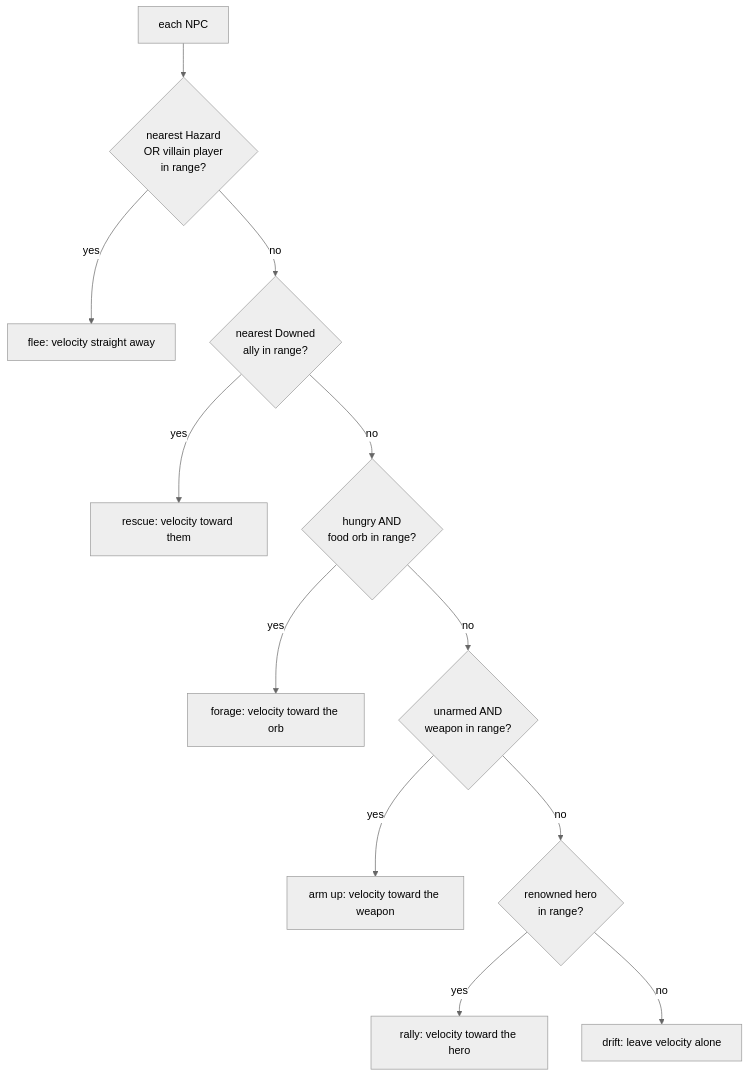
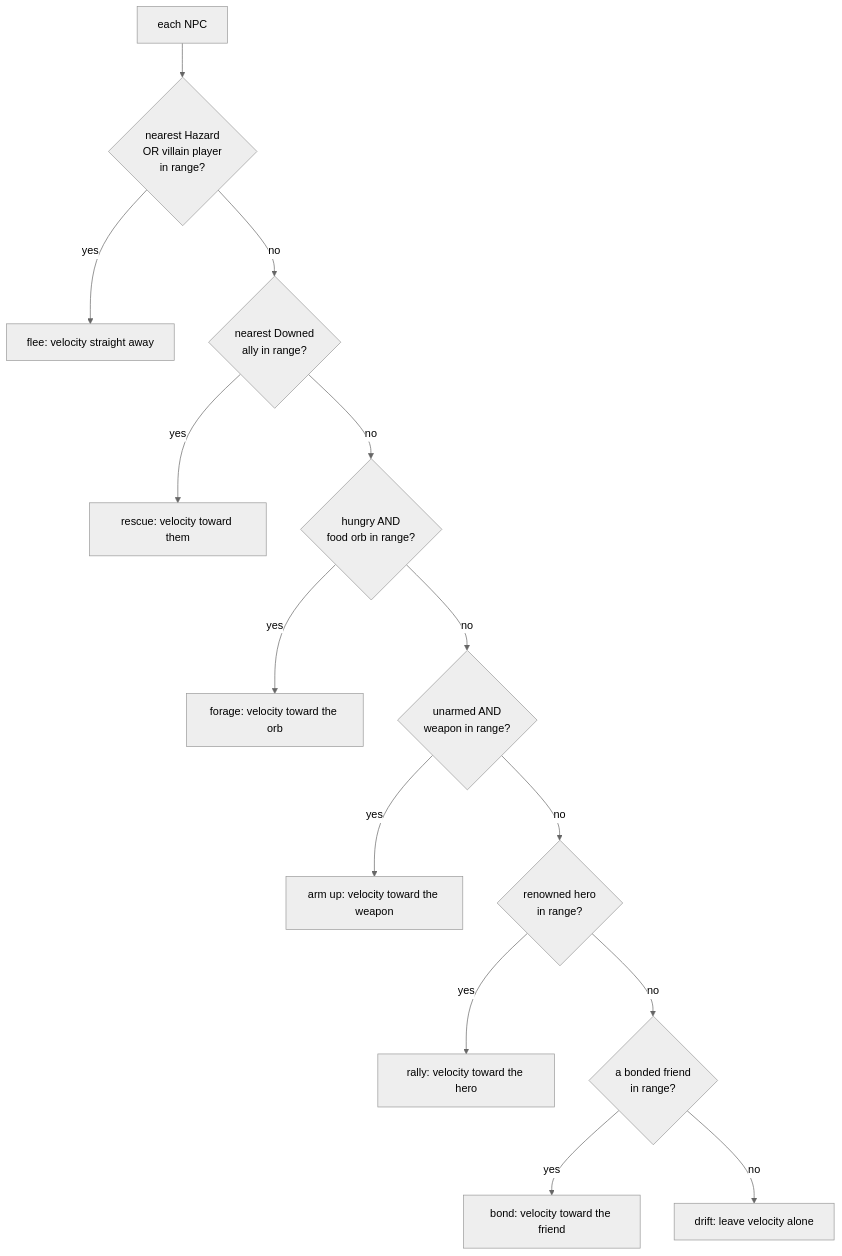
The diagram in docs/engine/npc-behaviour.md (IsItJeff/game-engine), drawn with Mermaid (neutral theme) before and after one commit. The commit also changed other lines of this file and 6 other files, not shown here.

````diff
--- a/docs/engine/npc-behaviour.md
+++ b/docs/engine/npc-behaviour.md
@@ -40,14 +40,16 @@
 ```mermaid
 flowchart TD
   npc[each NPC] --> haz{nearest Hazard<br/>OR villain player<br/>in range?}
   haz -->|yes| flee[flee: velocity straight away]
   haz -->|no| dwn{nearest Downed<br/>ally in range?}
   dwn -->|yes| rescue[rescue: velocity toward them]
   dwn -->|no| hun{hungry AND<br/>food orb in range?}
   hun -->|yes| forage[forage: velocity toward the orb]
   hun -->|no| arm{unarmed AND<br/>weapon in range?}
   arm -->|yes| seek[arm up: velocity toward the weapon]
   arm -->|no| rally{renowned hero<br/>in range?}
   rally -->|yes| gather[rally: velocity toward the hero]
-  rally -->|no| drift[drift: leave velocity alone]
+  rally -->|no| bond{a bonded friend<br/>in range?}
+  bond -->|yes| gathb[bond: velocity toward the friend]
+  bond -->|no| drift[drift: leave velocity alone]
 ```
````
